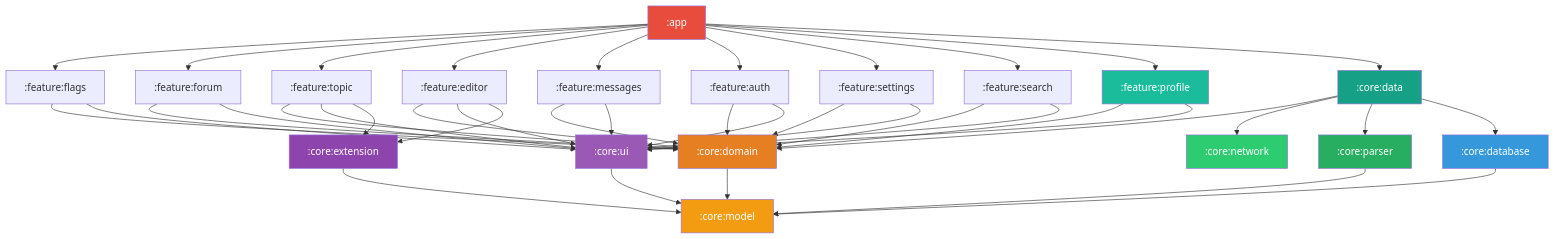
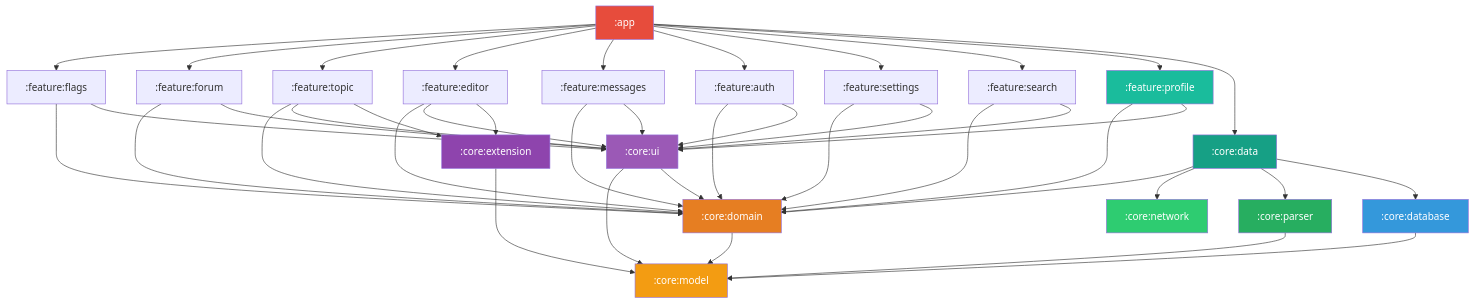
The second of 3 diagrams in docs/specs/architecture.md (ForumHFR/redface2), drawn with Mermaid before and after one commit. The commit also changed other lines of this file and 21 other files, not shown here.

````diff
--- a/docs/specs/architecture.md
+++ b/docs/specs/architecture.md
@@ -56,65 +56,66 @@
 ```mermaid
 graph TB
     APP[":app"] --> FFL[":feature:flags"]
     APP --> FF[":feature:forum"]
     APP --> FT[":feature:topic"]
     APP --> FE[":feature:editor"]
     APP --> FM[":feature:messages"]
     APP --> FA[":feature:auth"]
     APP --> FS[":feature:settings"]
     APP --> FSR[":feature:search"]
     APP --> FPR[":feature:profile"]
     APP --> CDATA[":core:data"]
 
     FFL --> CDOM[":core:domain"]
     FFL --> CU[":core:ui"]
 
     FF --> CDOM
     FF --> CU
 
     FT --> CDOM
     FT --> CU
     FT --> CEXT[":core:extension"]
 
     FE --> CDOM
     FE --> CU
     FE --> CEXT
 
     FM --> CDOM
     FM --> CU
 
     FA --> CDOM
     FA --> CU
 
     FS --> CDOM
     FS --> CU
 
     FSR --> CDOM
     FSR --> CU
 
     FPR --> CDOM
     FPR --> CU
 
     CDOM --> CM[":core:model"]
     CEXT --> CM
     CU --> CM
+    CU --> CDOM
 
     CDATA --> CDOM
     CDATA --> CN[":core:network"]
     CDATA --> CP[":core:parser"]
     CDATA --> CD[":core:database"]
 
     CP --> CM
     CD --> CM
 
     style APP fill:#e74c3c,color:#fff
     style CM fill:#f39c12,color:#fff
     style CDOM fill:#e67e22,color:#fff
     style CDATA fill:#16a085,color:#fff
     style CN fill:#2ecc71,color:#fff
     style CP fill:#27ae60,color:#fff
     style CD fill:#3498db,color:#fff
     style CU fill:#9b59b6,color:#fff
     style CEXT fill:#8e44ad,color:#fff
     style FPR fill:#1abc9c,color:#fff
 ```
````
